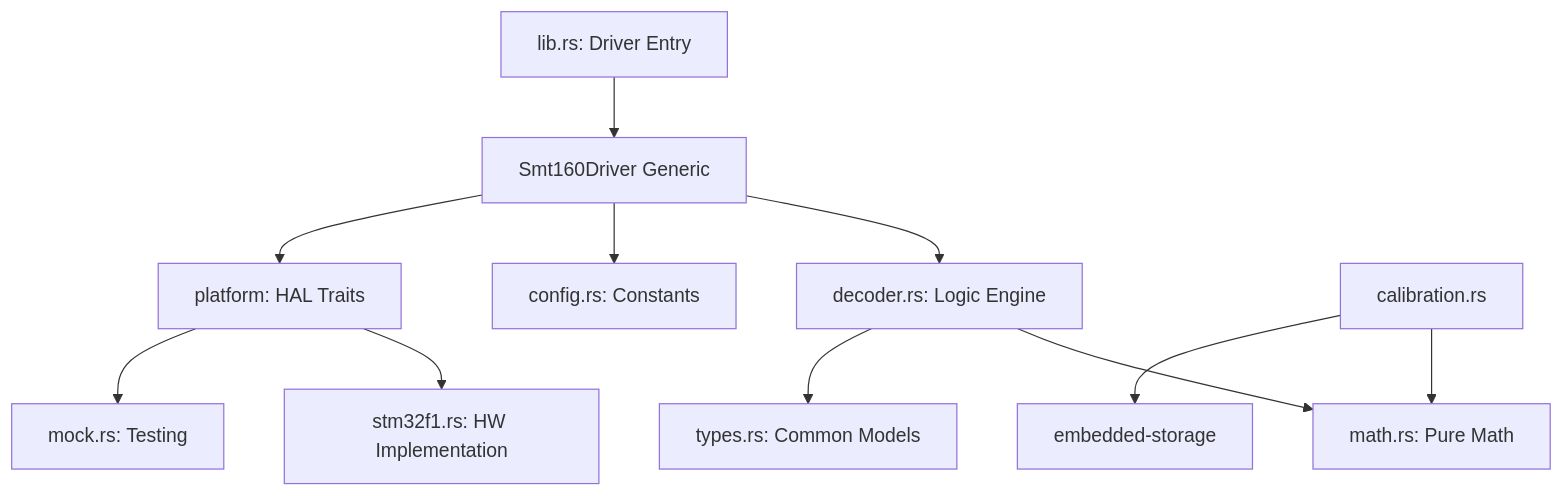
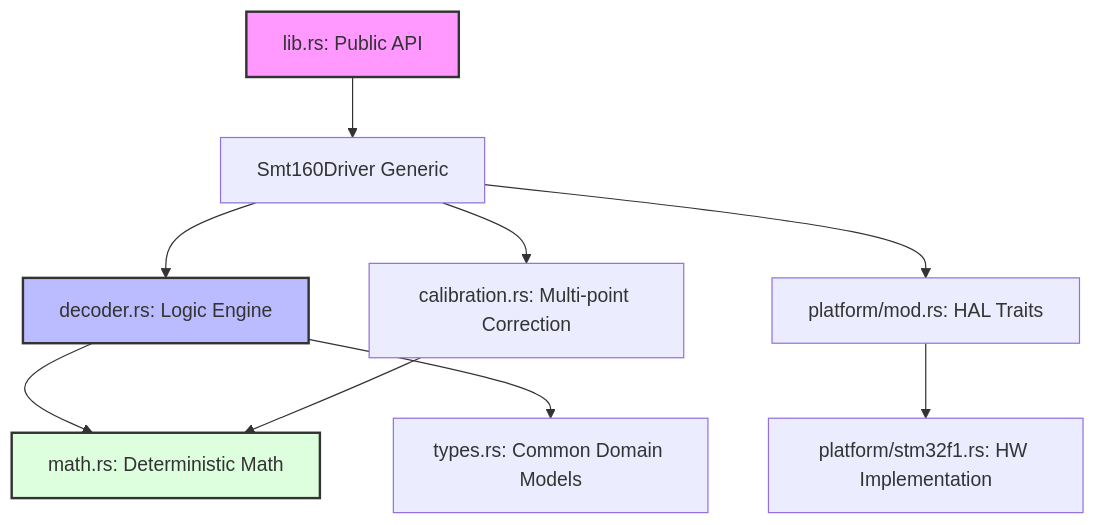
Before and after one commit to FaezBarghasa/smt160-driver: the first of 2 diagrams in Architecture.md, drawn with Mermaid. The commit also changed other lines of this file and 19 other files, not shown here.

````diff
--- a/Architecture.md
+++ b/Architecture.md
@@ -7,16 +11,27 @@
 ```mermaid
 graph TD
-    Lib[lib.rs: Driver Entry] --> Driver[Smt160Driver Generic]
-    Driver --> Decoder[decoder.rs: Logic Engine]
-    Driver --> Config[config.rs: Constants]
-    Driver --> Platform[platform: HAL Traits]
-    
-    Decoder --> Math[math.rs: Pure Math]
-    Decoder --> Types[types.rs: Common Models]
-    
-    Platform --> STM32[stm32f1.rs: HW Implementation]
-    Platform --> Mock[mock.rs: Testing]
-    
-    Calibration[calibration.rs] --> Math
-    Calibration --> Storage[embedded-storage]
+    %% Define Nodes
+    Entry[lib.rs: Public API]
+    Core[Smt160Driver Generic]
+    Logic[decoder.rs: Logic Engine]
+    Math[math.rs: Deterministic Math]
+    Traits[platform/mod.rs: HAL Traits]
+    HW[platform/stm32f1.rs: HW Implementation]
+    Cal[calibration.rs: Multi-point Correction]
+    Types[types.rs: Common Domain Models]
+
+    %% Relationships
+    Entry --> Core
+    Core --> Logic
+    Core --> Traits
+    Logic --> Math
+    Logic --> Types
+    Traits --> HW
+    Core --> Cal
+    Cal --> Math
+
+    %% Styling
+    style Entry fill:#f9f,stroke:#333,stroke-width:2px
+    style Logic fill:#bbf,stroke:#333,stroke-width:2px
+    style Math fill:#dfd,stroke:#333,stroke-width:2px
 ```
````
